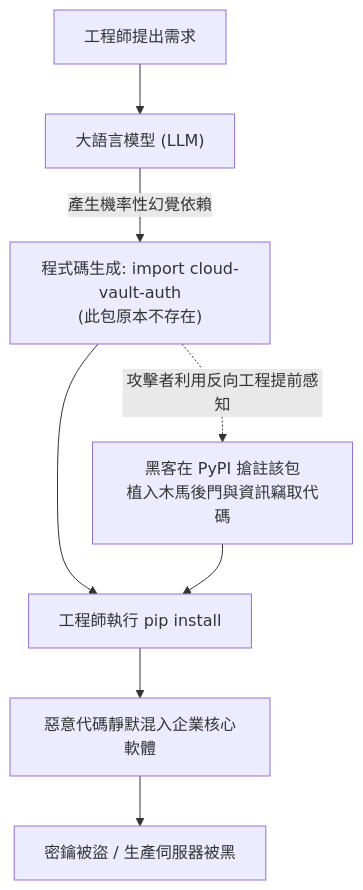
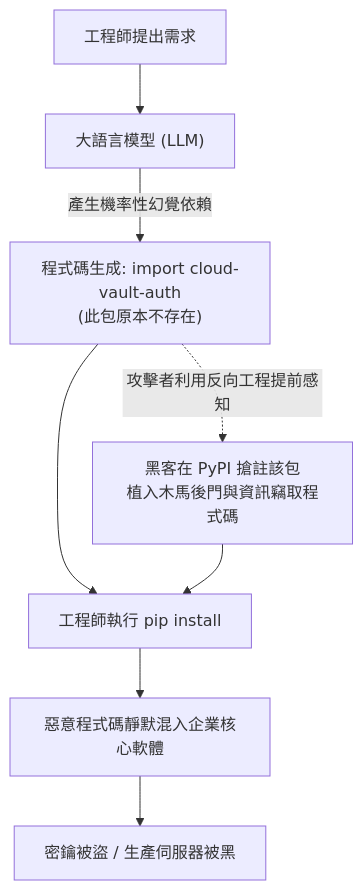
The second of 2 diagrams in content/posts/gen-2026-09-18-b-04--code-radioactivity-and-model-collapse/index.md (tacticaldoll/tacticaldoll.github.io), drawn with Mermaid before and after one commit. The commit also changed other lines of this file and 18 other files, not shown here.

````diff
--- a/content/posts/gen-2026-09-18-b-04--code-radioactivity-and-model-collapse/index.md
+++ b/content/posts/gen-2026-09-18-b-04--code-radioactivity-and-model-collapse/index.md
@@ -167,18 +167,18 @@
 ```mermaid
 flowchart TD
     REQ["工程師提出需求"]
     LLM["大語言模型 (LLM)"]
     HALL["程式碼生成: import cloud-vault-auth<br>(此包原本不存在)"]
-    ATK["黑客在 PyPI 搶註該包<br>植入木馬後門與資訊竊取代碼"]
+    ATK["黑客在 PyPI 搶註該包<br>植入木馬後門與資訊竊取程式碼"]
     INSTALL["工程師執行 pip install"]
-    MIX["惡意代碼靜默混入企業核心軟體"]
+    MIX["惡意程式碼靜默混入企業核心軟體"]
     PWN["密鑰被盜 / 生產伺服器被黑"]
 
     REQ --> LLM
     LLM -->|"產生機率性幻覺依賴"| HALL
     HALL -.->|"攻擊者利用反向工程提前感知"| ATK
     HALL --> INSTALL
     ATK --> INSTALL
     INSTALL --> MIX
     MIX --> PWN
 ```
````
